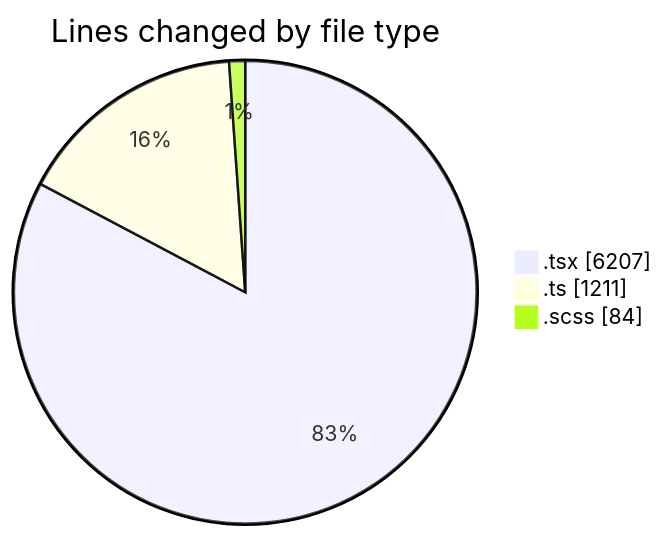
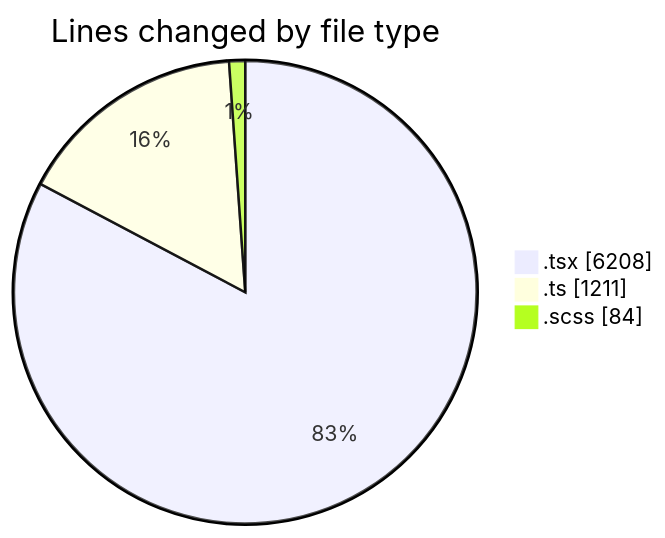
One commit to momahboobian/code-tracking changed the first of 2 diagrams in 2025-07-02/cda/README.md. Above: the diagram before and after it, drawn with Mermaid. The commit also changed other lines of this file and 1 other file, not shown here.

````diff
--- a/2025-07-02/cda/README.md
+++ b/2025-07-02/cda/README.md
@@ -38,7 +38,7 @@
 ```mermaid
 pie showData
 title Lines changed by file type
-".tsx" : 6207
+".tsx" : 6208
 ".ts" : 1211
 ".scss" : 84
 ```
````
